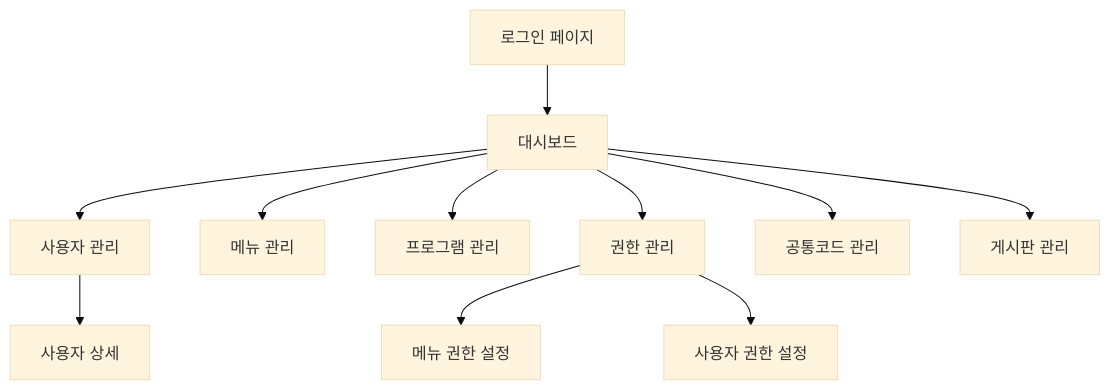
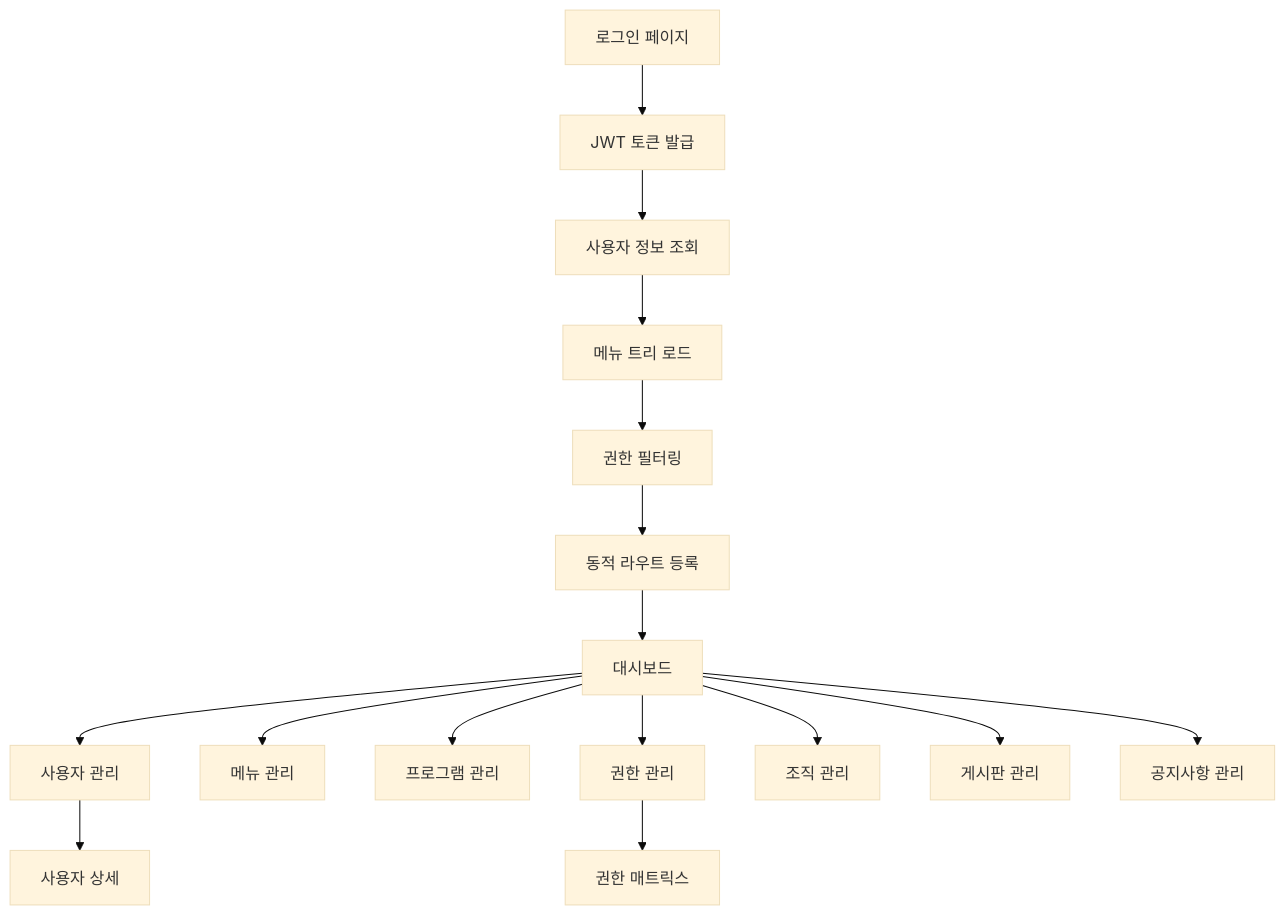
Before and after one commit to moon4656/skyboot.core: the diagram in .trae/documents/admin_site_requirements.md, drawn with Mermaid (base theme). The commit also changed other lines of this file and 77 other files, not shown here.

````diff
--- a/.trae/documents/admin_site_requirements.md
+++ b/.trae/documents/admin_site_requirements.md
@@ -57,13 +59,18 @@
 ```mermaid
 graph TD
-    A[로그인 페이지] --> B[대시보드]
-    B --> C[사용자 관리]
-    B --> D[메뉴 관리]
-    B --> E[프로그램 관리]
-    B --> F[권한 관리]
-    B --> G[공통코드 관리]
-    B --> H[게시판 관리]
-    C --> I[사용자 상세]
-    F --> J[메뉴 권한 설정]
-    F --> K[사용자 권한 설정]
+    A[로그인 페이지] --> B[JWT 토큰 발급]
+    B --> C[사용자 정보 조회]
+    C --> D[메뉴 트리 로드]
+    D --> E[권한 필터링]
+    E --> F[동적 라우트 등록]
+    F --> G[대시보드]
+    G --> H[사용자 관리]
+    G --> I[메뉴 관리]
+    G --> J[프로그램 관리]
+    G --> K[권한 관리]
+    G --> L[조직 관리]
+    G --> M[게시판 관리]
+    G --> N[공지사항 관리]
+    H --> O[사용자 상세]
+    K --> P[권한 매트릭스]
 ```
````
